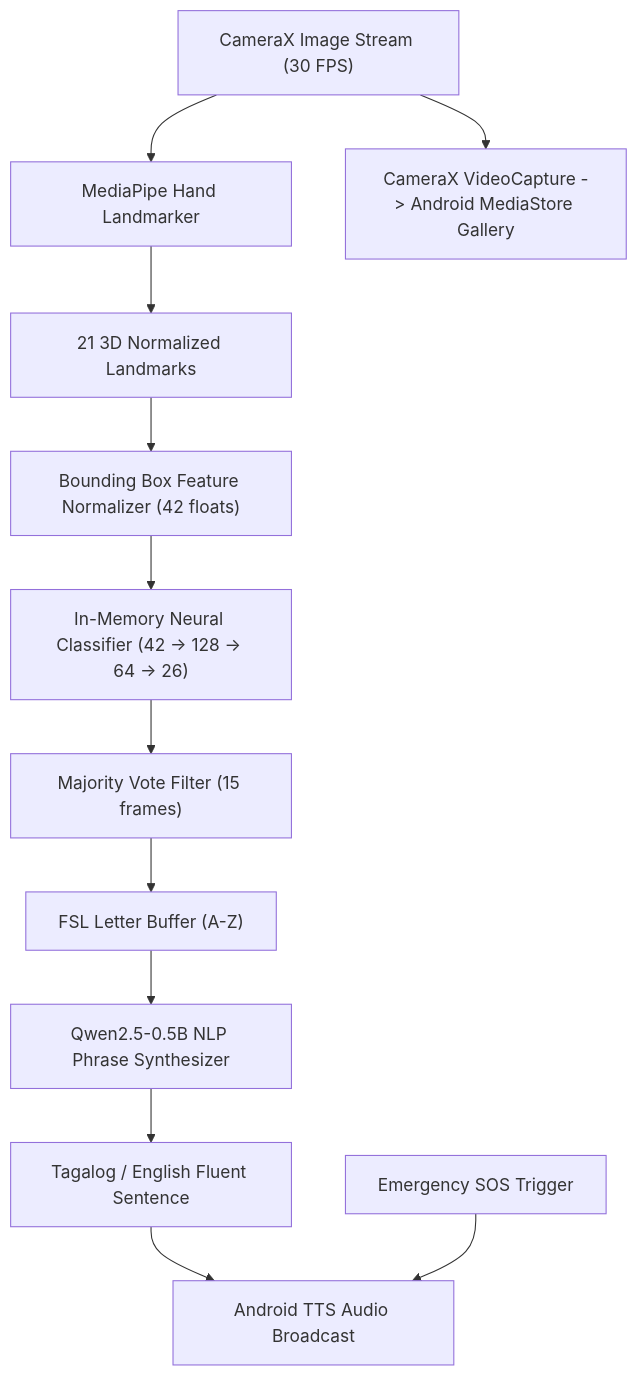
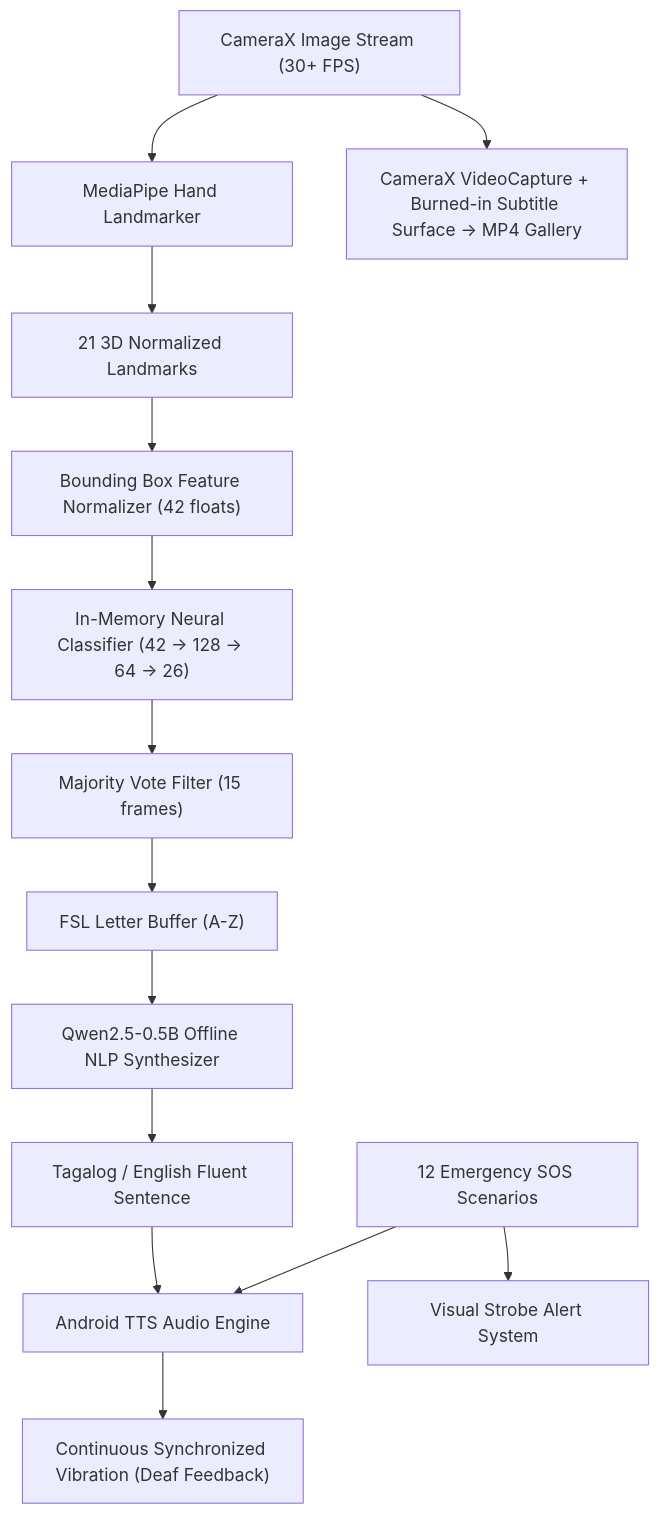
The diagram in README.md (S1mplee67/iWani), drawn with Mermaid before and after one commit. The commit also changed other lines of this file, not shown here.

Commit message:
docs: update comprehensive README.md with v5.0 architecture, updated team hierarchy & contact info

````diff
--- a/README.md
+++ b/README.md
@@ -66,15 +93,18 @@
 ```mermaid
 graph TD
-    A["CameraX Image Stream (30 FPS)"] --> B["MediaPipe Hand Landmarker"]
+    A["CameraX Image Stream (30+ FPS)"] --> B["MediaPipe Hand Landmarker"]
     B --> C["21 3D Normalized Landmarks"]
     C --> D["Bounding Box Feature Normalizer (42 floats)"]
     D --> E["In-Memory Neural Classifier (42 -> 128 -> 64 -> 26)"]
     E --> F["Majority Vote Filter (15 frames)"]
     F --> G["FSL Letter Buffer (A-Z)"]
-    G --> H["Qwen2.5-0.5B NLP Phrase Synthesizer"]
+    G --> H["Qwen2.5-0.5B Offline NLP Synthesizer"]
     H --> I["Tagalog / English Fluent Sentence"]
-    I --> J["Android TTS Audio Broadcast"]
+    I --> J["Android TTS Audio Engine"]
+    J --> K["Continuous Synchronized Vibration (Deaf Feedback)"]
     
-    K["Emergency SOS Trigger"] --> J
-    A --> L["CameraX VideoCapture -> Android MediaStore Gallery"]
+    L["12 Emergency SOS Scenarios"] --> J
+    L --> M["Visual Strobe Alert System"]
+    
+    A --> N["CameraX VideoCapture + Burned-in Subtitle Surface -> MP4 Gallery"]
 ```
````
